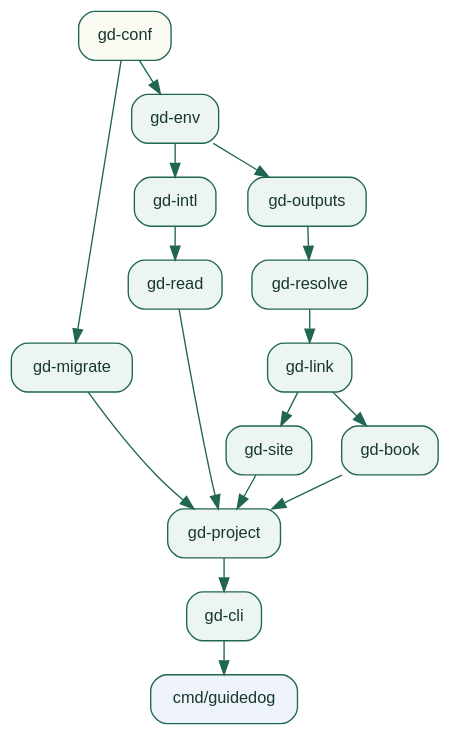
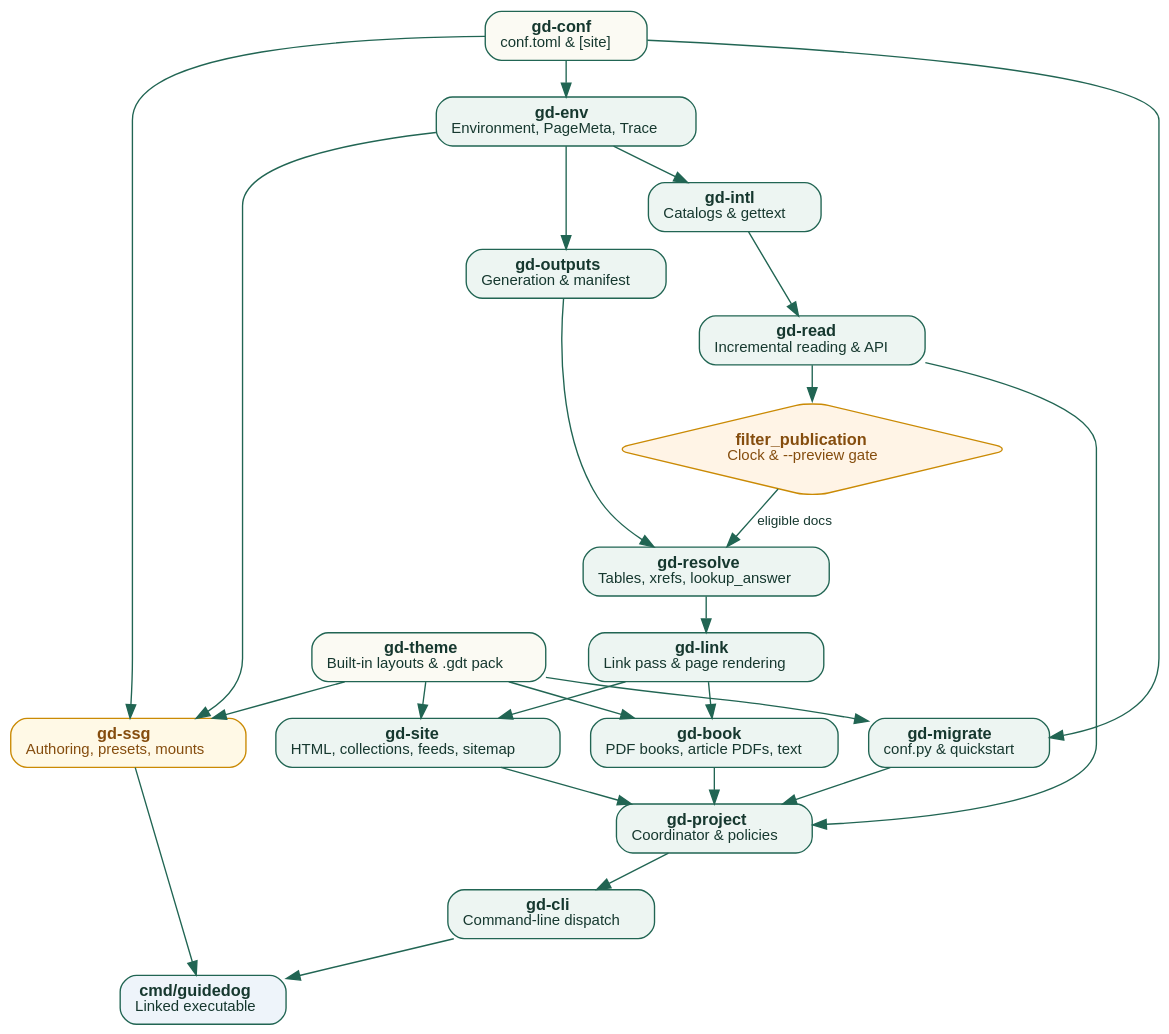
Before and after one commit to insanai/guidedog: the diagram in docs/manual/internals/project.rst, drawn with Graphviz. The commit also changed other lines of this file and 7 other files, not shown here.

```diff
--- a/docs/manual/internals/project.rst
+++ b/docs/manual/internals/project.rst
@@ -12,37 +12,41 @@
 .. graphviz::
    :class: graphviz-adaptive
-   :caption: The project crates. Each arrow points from a crate to one that builds on it.
-   :alt: gd-conf feeds gd-migrate and gd-env. gd-env feeds gd-intl, which feeds gd-read, and gd-outputs. gd-outputs feeds gd-resolve, then gd-link, then gd-site and gd-book. All of them feed gd-project, then gd-cli, then cmd/guidedog.
+   :caption: The project crates and build flow. Each arrow points from a crate or step to one that builds on it.
+   :alt: gd-conf and gd-theme feed gd-migrate, gd-env, gd-site, gd-book and gd-ssg. gd-read feeds filter_publication, which feeds gd-resolve, then gd-link, then gd-site (collections and feeds) and gd-book (books and article PDFs), then gd-project, gd-cli and cmd/guidedog.
 
    digraph project_crates {
      graph [rankdir=TB, bgcolor="transparent", pad="0.3", nodesep="0.3", ranksep="0.35"];
      node [shape=box, style="rounded,filled", fillcolor="#edf5f2",
            color="#216553", fontname="Helvetica", fontcolor="#16382f", fontsize=12, margin="0.15,0.08"];
-     edge [color="#216553"];
+     edge [color="#216553", fontname="Helvetica", fontcolor="#16382f", fontsize=10];
 
-     conf [class="gd-input", label="gd-conf", fillcolor="#fbfaf3"];
-     migrate [label="gd-migrate"];
-     env [label="gd-env"];
-     intl [label="gd-intl"];
-     read [label="gd-read"];
-     outputs [label="gd-outputs"];
-     resolve [label="gd-resolve"];
-     link [label="gd-link"];
-     site [label="gd-site"];
-     book [label="gd-book"];
-     project [label="gd-project"];
-     cli [label="gd-cli"];
-     cmd [class="gd-output", label="cmd/guidedog", fillcolor="#eef4fa"];
+     conf [class="gd-input", fillcolor="#fbfaf3", label=<<B>gd-conf</B><BR/><FONT POINT-SIZE="11">conf.toml &amp; [site]</FONT>>];
+     theme [class="gd-input", fillcolor="#fbfaf3", label=<<B>gd-theme</B><BR/><FONT POINT-SIZE="11">Built-in layouts &amp; .gdt pack</FONT>>];
+     migrate [label=<<B>gd-migrate</B><BR/><FONT POINT-SIZE="11">conf.py &amp; quickstart</FONT>>];
+     env [label=<<B>gd-env</B><BR/><FONT POINT-SIZE="11">Environment, PageMeta, Trace</FONT>>];
+     intl [label=<<B>gd-intl</B><BR/><FONT POINT-SIZE="11">Catalogs &amp; gettext</FONT>>];
+     read [label=<<B>gd-read</B><BR/><FONT POINT-SIZE="11">Incremental reading &amp; API</FONT>>];
+     filter_publication [class="gd-choice", shape=diamond, fillcolor="#fff4e6", color="#ca8a04", fontcolor="#854d0e", label=<<B>filter_publication</B><BR/><FONT POINT-SIZE="11">Clock &amp; --preview gate</FONT>>];
+     outputs [label=<<B>gd-outputs</B><BR/><FONT POINT-SIZE="11">Generation &amp; manifest</FONT>>];
+     resolve [label=<<B>gd-resolve</B><BR/><FONT POINT-SIZE="11">Tables, xrefs, lookup_answer</FONT>>];
+     link [label=<<B>gd-link</B><BR/><FONT POINT-SIZE="11">Link pass &amp; page rendering</FONT>>];
+     site [label=<<B>gd-site</B><BR/><FONT POINT-SIZE="11">HTML, collections, feeds, sitemap</FONT>>];
+     book [label=<<B>gd-book</B><BR/><FONT POINT-SIZE="11">PDF books, article PDFs, text</FONT>>];
+     project [label=<<B>gd-project</B><BR/><FONT POINT-SIZE="11">Coordinator &amp; policies</FONT>>];
+     ssg [class="gd-plugin", fillcolor="#fff9e6", color="#ca8a04", fontcolor="#854d0e", label=<<B>gd-ssg</B><BR/><FONT POINT-SIZE="11">Authoring, presets, mounts</FONT>>];
+     cli [label=<<B>gd-cli</B><BR/><FONT POINT-SIZE="11">Command-line dispatch</FONT>>];
+     cmd [class="gd-output", fillcolor="#eef4fa", label=<<B>cmd/guidedog</B><BR/><FONT POINT-SIZE="11">Linked executable</FONT>>];
 
-     conf -> migrate;
+     {conf theme} -> migrate;
      conf -> env;
-     env -> intl -> read;
-     env -> outputs -> resolve -> link;
-     link -> site;
-     link -> book;
-     read -> project;
-     site -> project;
-     book -> project;
-     migrate -> project;
-     project -> cli -> cmd;
+     env -> intl -> read -> filter_publication;
+     env -> outputs -> resolve;
+     filter_publication -> resolve [label="eligible docs"];
+     resolve -> link;
+     {link theme} -> site;
+     {link theme} -> book;
+     {read site book migrate} -> project;
+     {conf env theme} -> ssg;
+     project -> cli;
+     {cli ssg} -> cmd;
    }
```
